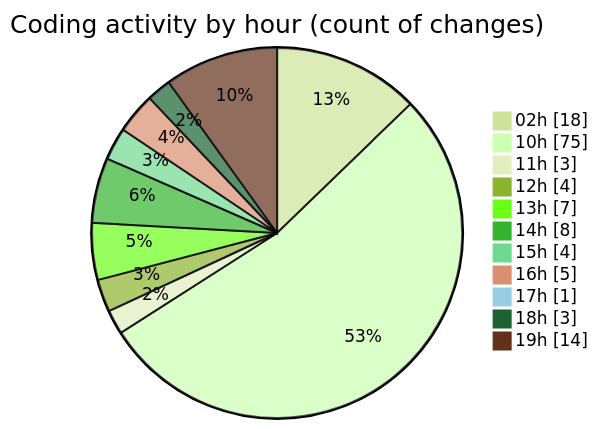
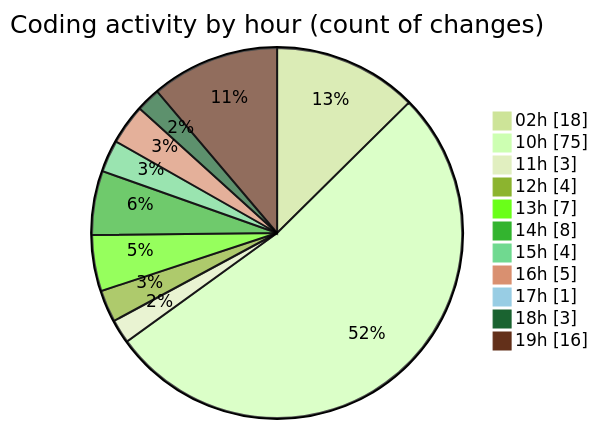
The second of 2 diagrams in 2026-07-08/twenty_versions_aminor/README.md (shibass792/code-tracking), drawn with Mermaid (forest theme) before and after one commit. The commit also changed other lines of this file and 1 other file, not shown here.

````diff
--- a/2026-07-08/twenty_versions_aminor/README.md
+++ b/2026-07-08/twenty_versions_aminor/README.md
@@ -46,15 +46,15 @@
 ```mermaid
 pie showData
 title Coding activity by hour (count of changes)
 "02h" : 18
 "10h" : 75
 "11h" : 3
 "12h" : 4
 "13h" : 7
 "14h" : 8
 "15h" : 4
 "16h" : 5
 "17h" : 1
 "18h" : 3
-"19h" : 14
+"19h" : 16
 ```
````
